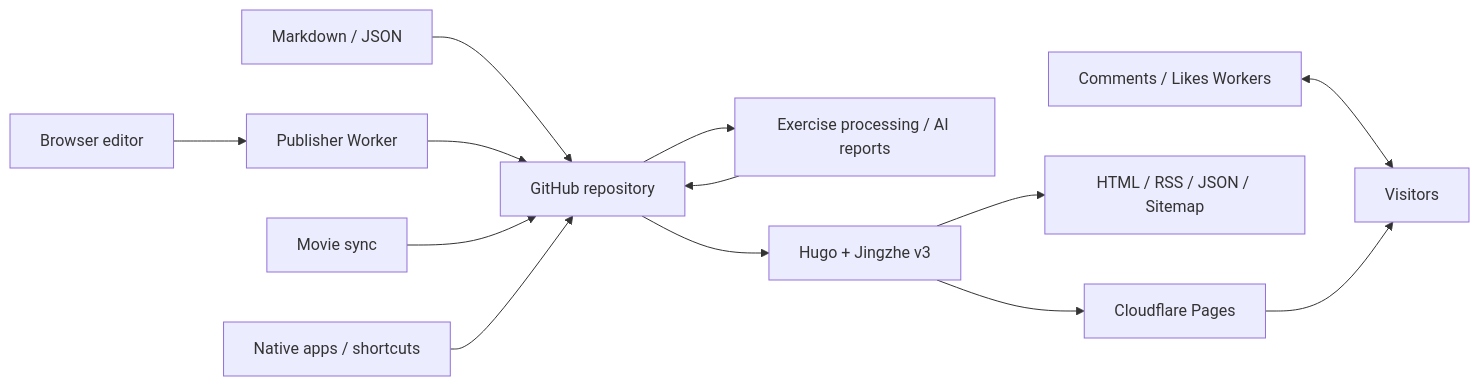
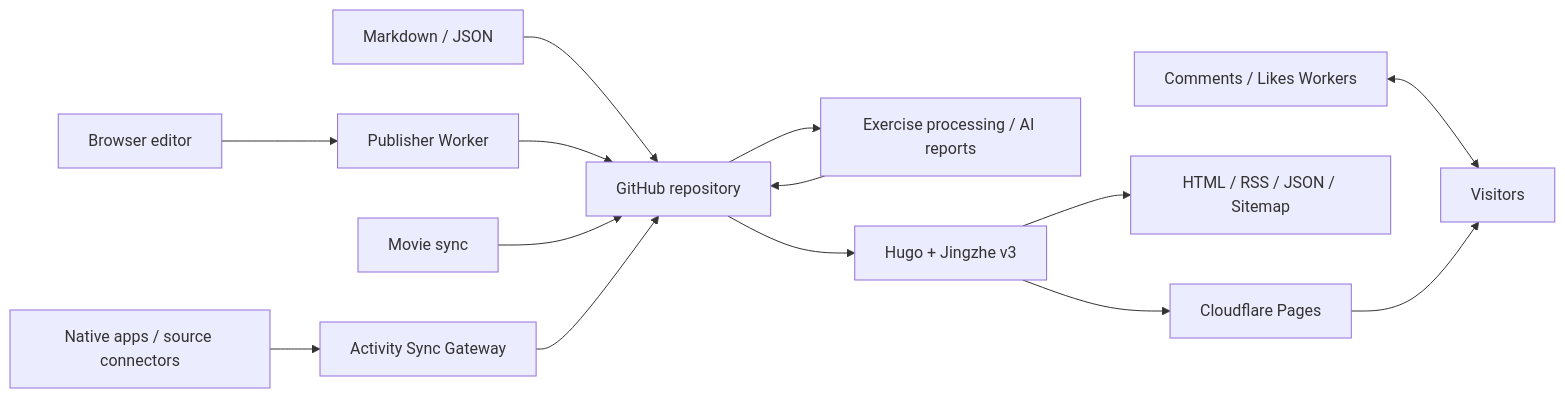
The diagram in README_EN.md (koobai/blog), drawn with Mermaid before and after one commit. The commit also changed other lines of this file and 8 other files, not shown here.

Commit message:
docs: explain activity sync deployment

````diff
--- a/README_EN.md
+++ b/README_EN.md
@@ -48,15 +48,16 @@
 ```mermaid
 flowchart LR
     A["Markdown / JSON"] --> R["GitHub repository"]
     B["Browser editor"] --> W["Publisher Worker"]
     W --> R
     C["Movie sync"] --> R
-    D["Native apps / shortcuts"] --> R
+    D["Native apps / source connectors"] --> ASW["Activity Sync Gateway"]
+    ASW --> R
     R --> P["Exercise processing / AI reports"]
     P --> R
     R --> H["Hugo + Jingzhe v3"]
     H --> CF["Cloudflare Pages"]
     H --> O["HTML / RSS / JSON / Sitemap"]
     E["Comments / Likes Workers"] <--> V["Visitors"]
     CF --> V
 ```
````
